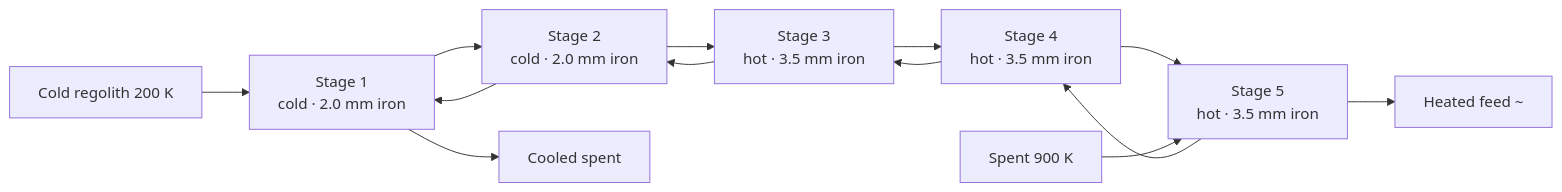
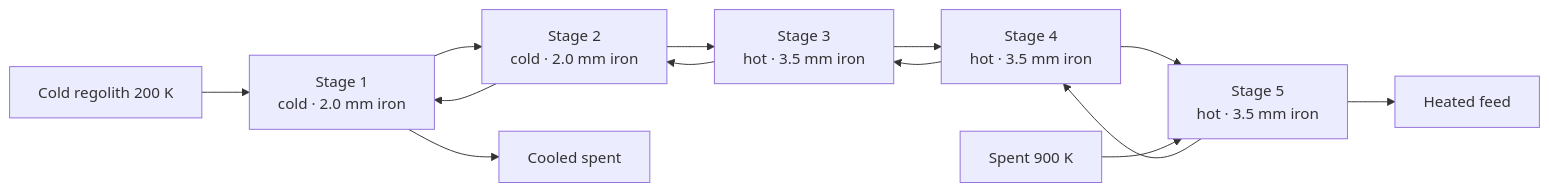
The diagram in README.md (luckyseoul/regolith-counter-fluid-exchange), drawn with Mermaid before and after one commit. The commit also changed other lines of this file and 24 other files, not shown here.

````diff
--- a/README.md
+++ b/README.md
@@ -40,11 +40,11 @@
 ```mermaid
 flowchart LR
   ColdIn["Cold regolith 200 K"] --> S1
   S1["Stage 1<br/>cold · 2.0 mm iron"] --> S2
   S2["Stage 2<br/>cold · 2.0 mm iron"] --> S3
   S3["Stage 3<br/>hot · 3.5 mm iron"] --> S4
   S4["Stage 4<br/>hot · 3.5 mm iron"] --> S5
-  S5["Stage 5<br/>hot · 3.5 mm iron"] --> ColdOut["Heated feed ~"]
+  S5["Stage 5<br/>hot · 3.5 mm iron"] --> ColdOut["Heated feed"]
   HotIn["Spent 900 K"] --> S5
   S5 --> S4 --> S3 --> S2 --> S1 --> HotOut["Cooled spent"]
 ```
````
